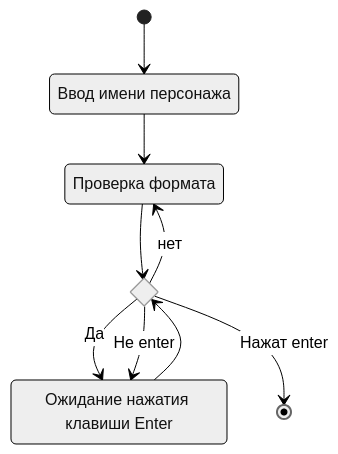
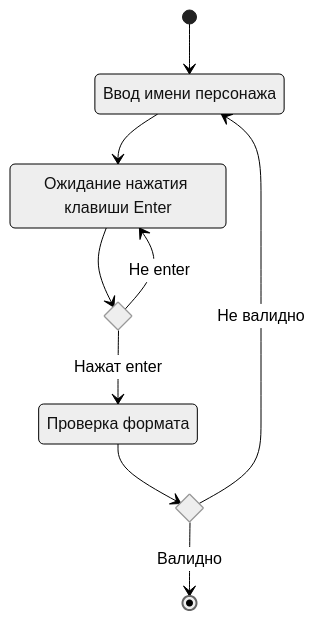
The first of 7 diagrams in docs/functions.md (EgorVarshutin22107/laughing-potato), drawn with Mermaid (neutral theme) before and after one commit.

Commit message:
Сделал первую диаграмму корректно. Ура!

````diff
--- a/docs/functions.md
+++ b/docs/functions.md
@@ -56,18 +56,17 @@
 ```mermaid
 stateDiagram-v2
 node1: Ввод имени персонажа
-node2: Проверка формата
-node3: Ожидание нажатия клавиши Enter
-state if_state <<choice>>
-
+node2: Ожидание нажатия клавиши Enter
+node3: Проверка формата
+state if_state1 <<choice>>
+state if_state2 <<choice>>
 
 [*] --> node1
 node1 --> node2
-node2 --> if_state
-if_state --> node3 : Да
-if_state --> node2 : нет
-node3 --> if_state
-if_state --> [*] : Нажат enter
-if_state --> node3 : Не enter
-
+node2 --> if_state1
+if_state1 --> node3 : Нажат enter
+if_state1 --> node2 : Не enter
+node3 --> if_state2
+if_state2 --> [*] : Валидно
+if_state2 --> node1 : Не валидно
 ```
````
